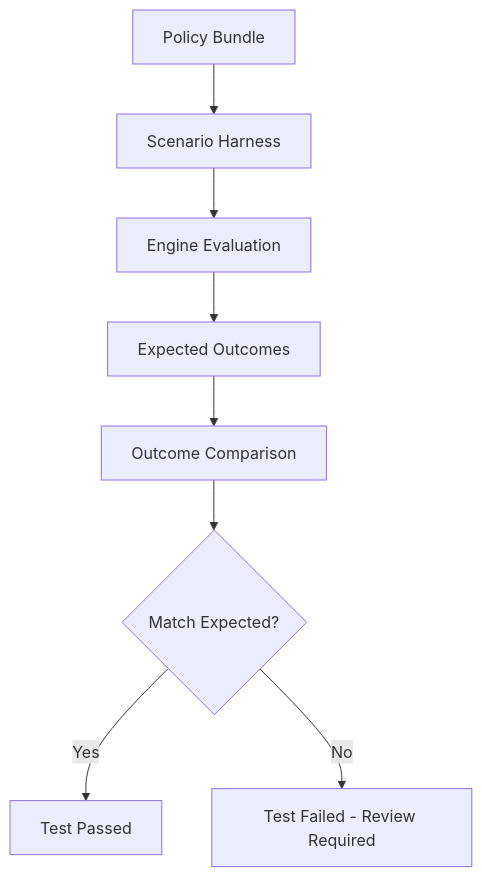
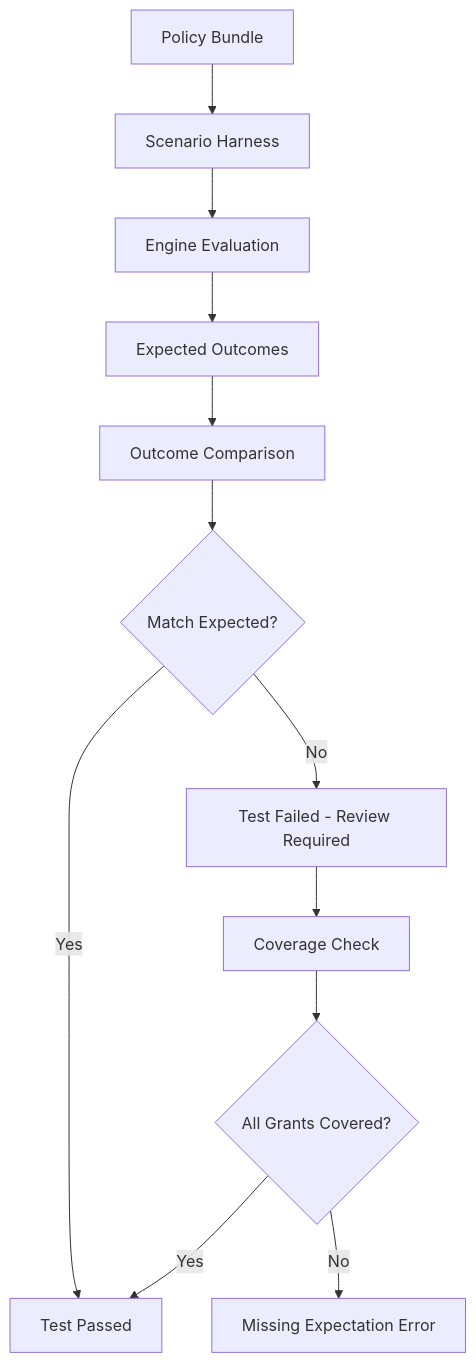
Before and after one commit to metasync/luban-aiops: the sixth of 8 diagrams in .qoder/repowiki/en/content/Policy Management/Policy Testing and Validation.md, drawn with Mermaid. The commit also changed other lines of this file and 35 other files, not shown here.

````diff
--- a/.qoder/repowiki/en/content/Policy Management/Policy Testing and Validation.md
+++ b/.qoder/repowiki/en/content/Policy Management/Policy Testing and Validation.md
@@ -347,10 +417,14 @@
 ```mermaid
 flowchart TD
 PolicyBundle["Policy Bundle"] --> ScenarioHarness["Scenario Harness"]
 ScenarioHarness --> EngineEvaluation["Engine Evaluation"]
 EngineEvaluation --> ExpectedOutcomes["Expected Outcomes"]
 ExpectedOutcomes --> Comparison["Outcome Comparison"]
 Comparison --> Pass{"Match Expected?"}
 Pass --> |Yes| Success["Test Passed"]
 Pass --> |No| Failure["Test Failed - Review Required"]
+Failure --> CoverageCheck["Coverage Check"]
+CoverageCheck --> Complete{"All Grants Covered?"}
+Complete --> |Yes| Success
+Complete --> |No| GapError["Missing Expectation Error"]
 ```
````
